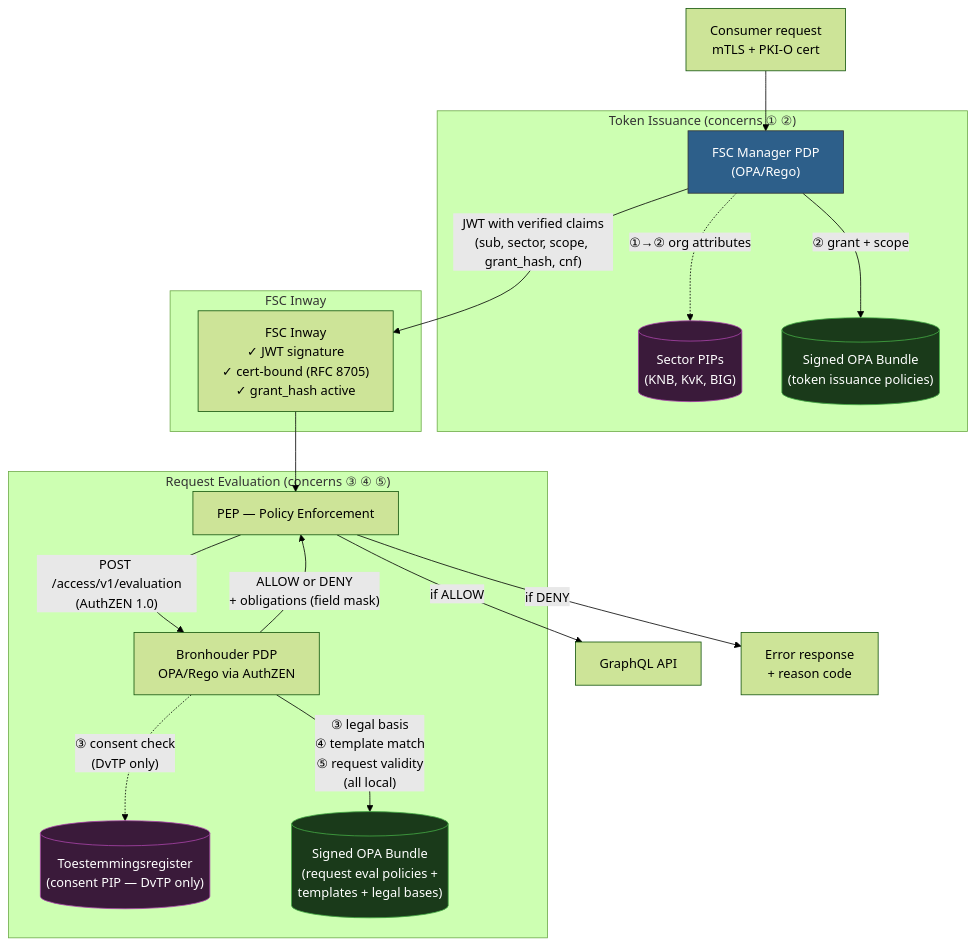
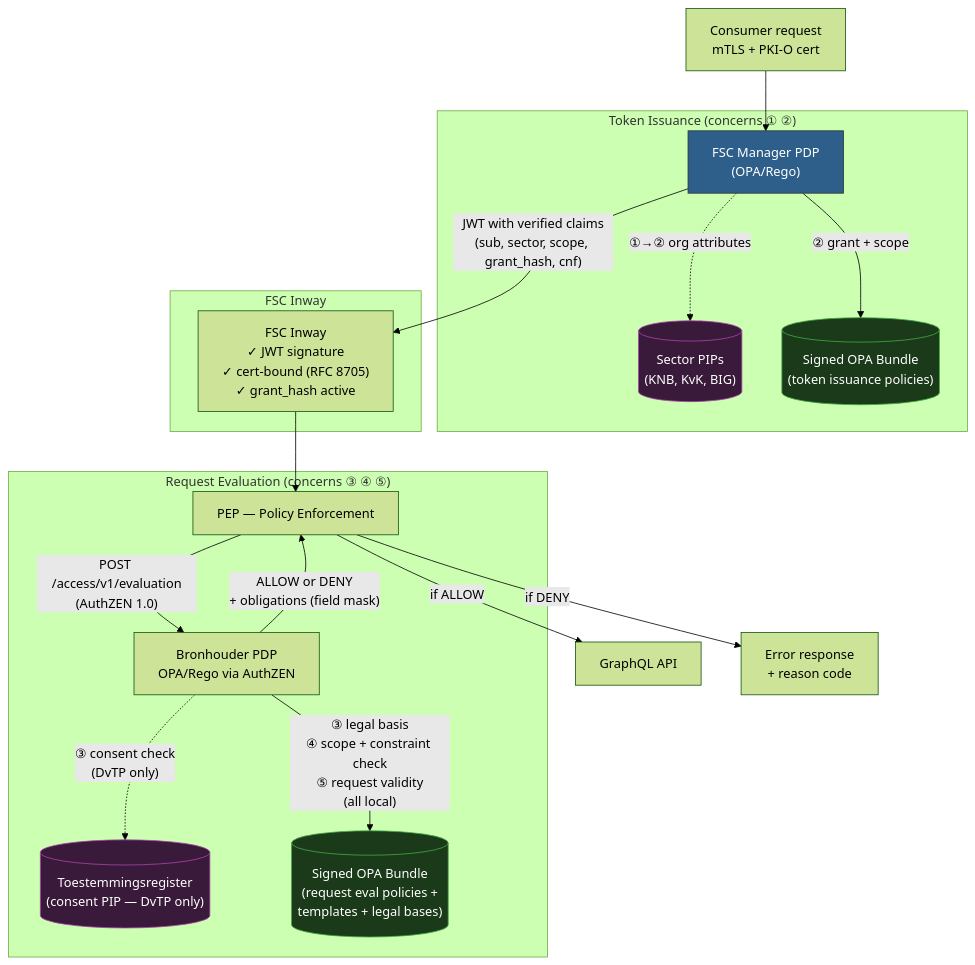
Before and after one commit to ICTU/GBO: the fifth of 14 diagrams in docs/ref-arch/gbo-reference-architecture.md, drawn with Mermaid (forest theme). The commit also changed other lines of this file, not shown here.

````diff
--- a/docs/ref-arch/gbo-reference-architecture.md
+++ b/docs/ref-arch/gbo-reference-architecture.md
@@ -388,42 +473,42 @@
 ```mermaid
 graph TB
     REQ["Consumer request<br/>mTLS + PKI-O cert"] --> MGR
 
     subgraph "Token Issuance (concerns ① ②)"
         MGR["FSC Manager PDP<br/>(OPA/Rego)"]
         S_PIP[("Sector PIPs<br/>(KNB, KvK, BIG)")]
         M_BUNDLE[("Signed OPA Bundle<br/>(token issuance policies)")]
 
         MGR -.->|"①→② org attributes"| S_PIP
         MGR -->|"② grant + scope"| M_BUNDLE
     end
 
     MGR -->|"JWT with verified claims<br/>(sub, sector, scope, grant_hash, cnf)"| IW
 
     subgraph "FSC Inway"
         IW["FSC Inway<br/>✓ JWT signature<br/>✓ cert-bound (RFC 8705)<br/>✓ grant_hash active"]
     end
 
     IW --> PEP
 
     subgraph "Request Evaluation (concerns ③ ④ ⑤)"
         PEP["PEP — Policy Enforcement"]
         PDP["Bronhouder PDP<br/>OPA/Rego via AuthZEN"]
         PIP_C[("Toestemmingsregister<br/>(consent PIP — DvTP only)")]
         BUNDLE[("Signed OPA Bundle<br/>(request eval policies +<br/>templates + legal bases)")]
     end
 
     PEP -->|"POST /access/v1/evaluation<br/>(AuthZEN 1.0)"| PDP
     PDP -.->|"③ consent check<br/>(DvTP only)"| PIP_C
-    PDP -->|"③ legal basis<br/>④ template match<br/>⑤ request validity<br/>(all local)"| BUNDLE
+    PDP -->|"③ legal basis<br/>④ scope + constraint check<br/>⑤ request validity<br/>(all local)"| BUNDLE
     PDP -->|"ALLOW or DENY<br/>+ obligations (field mask)"| PEP
 
     PEP -->|"if ALLOW"| GQL["GraphQL API"]
     PEP -->|"if DENY"| ERR["Error response<br/>+ reason code"]
 
     style MGR fill:#2d5f8a,stroke:#333,color:#fff
     style S_PIP fill:#3a1a3a,stroke:#a4a,color:#fff
     style PIP_C fill:#3a1a3a,stroke:#a4a,color:#fff
     style BUNDLE fill:#1a3a1a,stroke:#4a4,color:#fff
     style M_BUNDLE fill:#1a3a1a,stroke:#4a4,color:#fff
 ```
````
